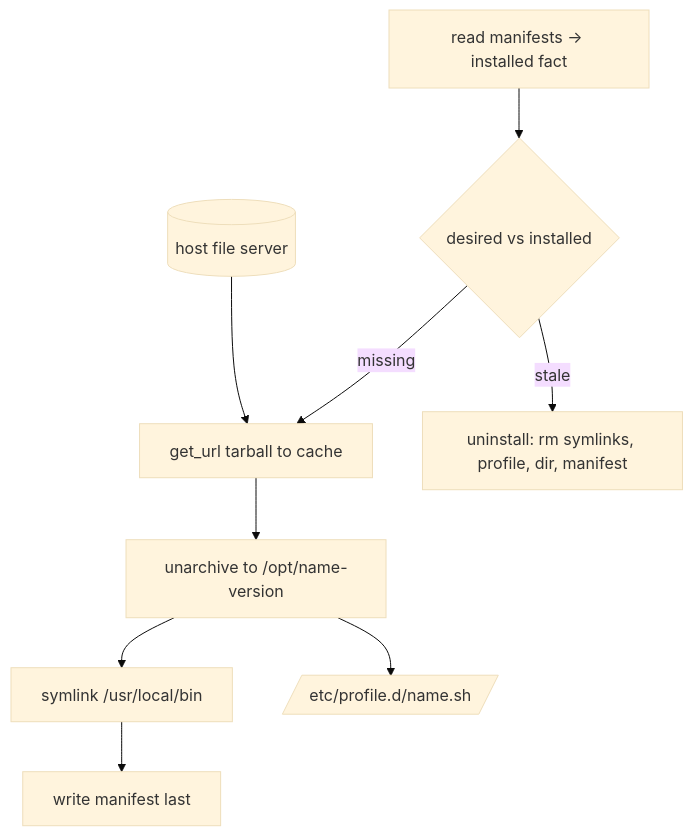
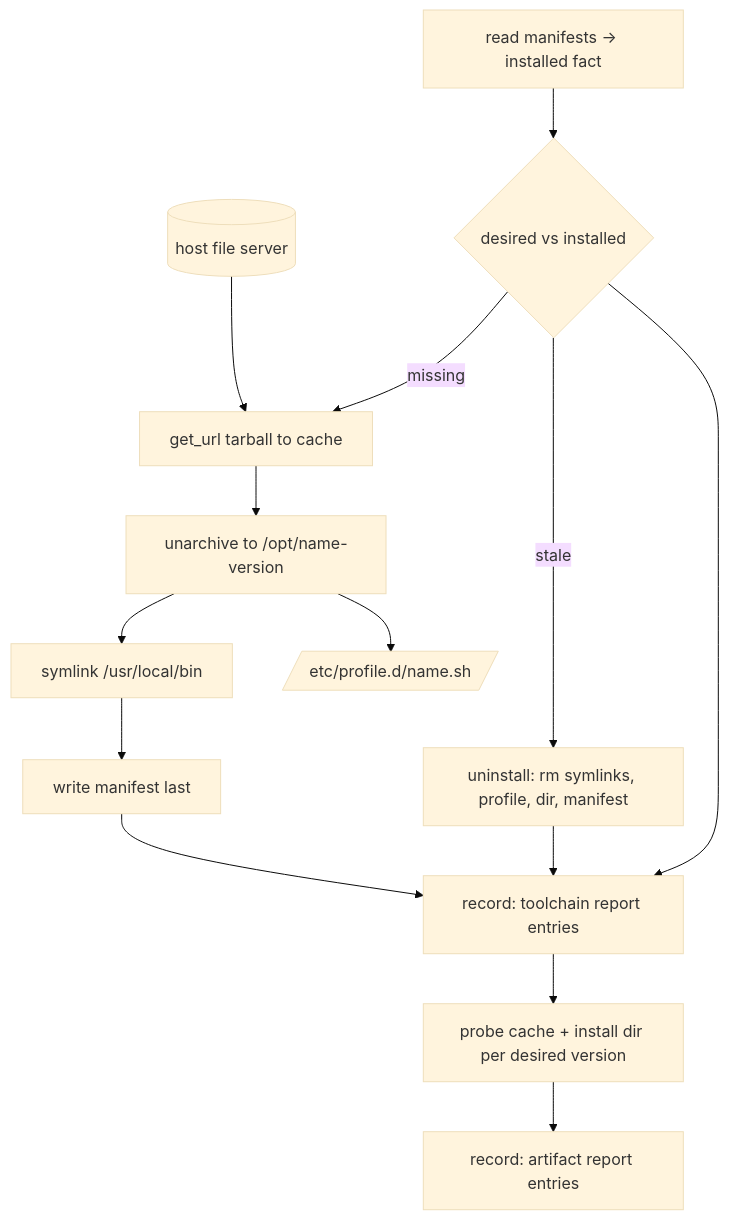
One commit to Klark-Morrigan/Common-Ansible changed the diagram in roles/toolchain_host_push/README.md. Above: the diagram before and after it, drawn with Mermaid (base theme). The commit also changed other lines of this file and 43 other files, not shown here.

Commit message:
feature: Ansible toolchain report

````diff
--- a/roles/toolchain_host_push/README.md
+++ b/roles/toolchain_host_push/README.md
@@ -76,11 +93,16 @@
 ```mermaid
 flowchart TD
   HFS[(host file server)] --> PULL[get_url tarball to cache]
   PULL --> UNP[unarchive to /opt/name-version]
   UNP --> LN[symlink /usr/local/bin]
   UNP --> PD[/etc/profile.d/name.sh/]
   LN --> FACT[write manifest last]
   READ[read manifests -> installed fact] --> DIFF{desired vs installed}
   DIFF -->|stale| RM[uninstall: rm symlinks, profile, dir, manifest]
   DIFF -->|missing| PULL
+  FACT --> REP[record: toolchain report entries]
+  RM --> REP
+  DIFF --> REP
+  REP --> PROBE[probe cache + install dir per desired version]
+  PROBE --> AREP[record: artifact report entries]
 ```
````
